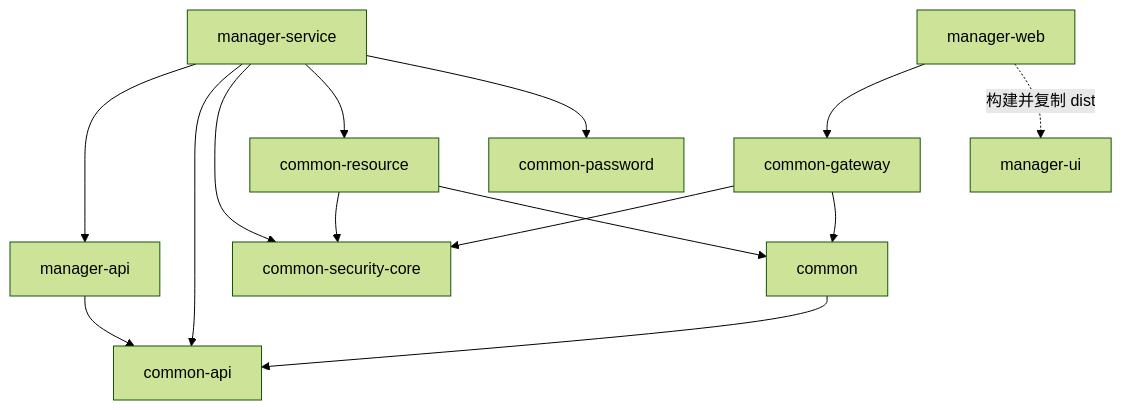
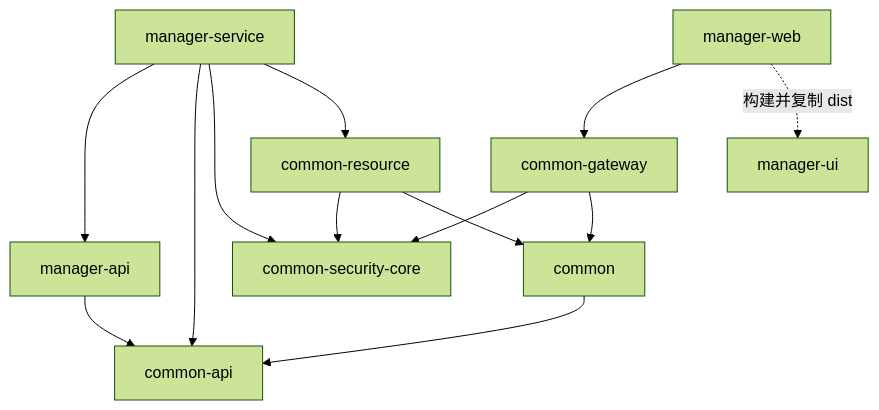
The second of 2 diagrams in docs/architecture/system_architecture.md (bbcdabao/baosys), drawn with Mermaid (forest theme) before and after one commit. The commit also changed other lines of this file and 28 other files, not shown here.

````diff
--- a/docs/architecture/system_architecture.md
+++ b/docs/architecture/system_architecture.md
@@ -40,16 +39,15 @@
 ```mermaid
 flowchart TD
     Resource["common-resource"] --> Core["common-security-core"]
     Gateway["common-gateway"] --> Core
     Resource --> Common["common"]
     Gateway --> Common
     Common --> CommonApi["common-api"]
     Api["manager-api"] --> CommonApi["common-api"]
     Service["manager-service"] --> Api
     Service --> CommonApi
     Service --> Core
     Service --> Resource
-    Service --> Password["common-password"]
     Web["manager-web"] --> Gateway
     Web -. "构建并复制 dist" .-> UI["manager-ui"]
 ```
````
